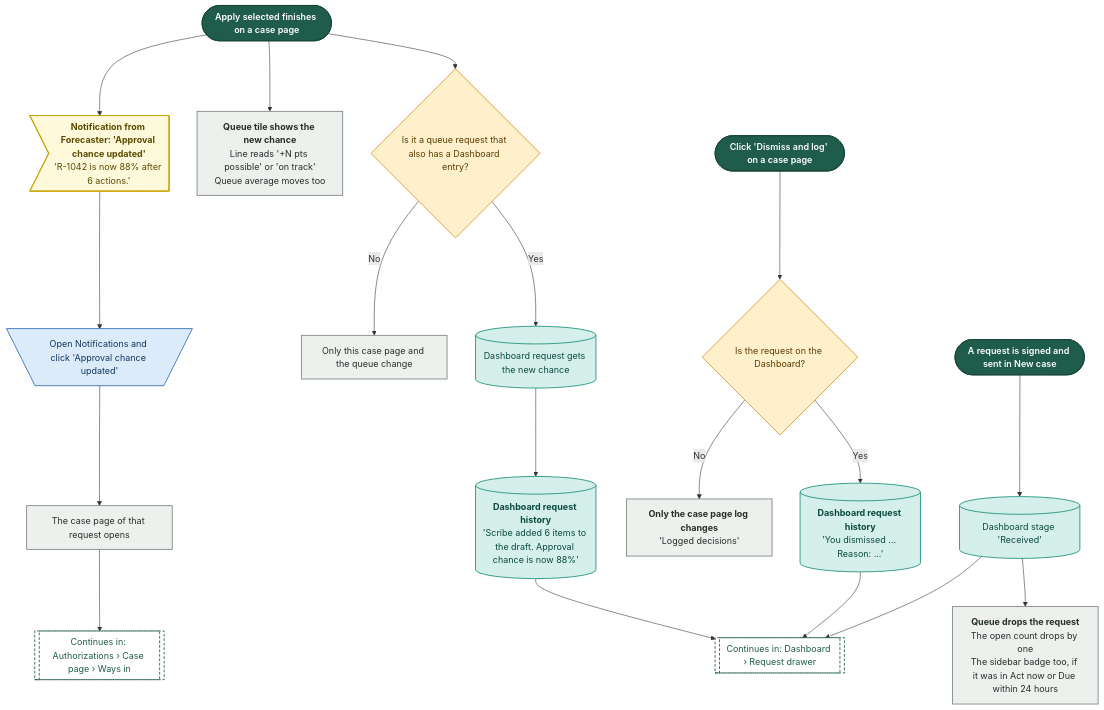
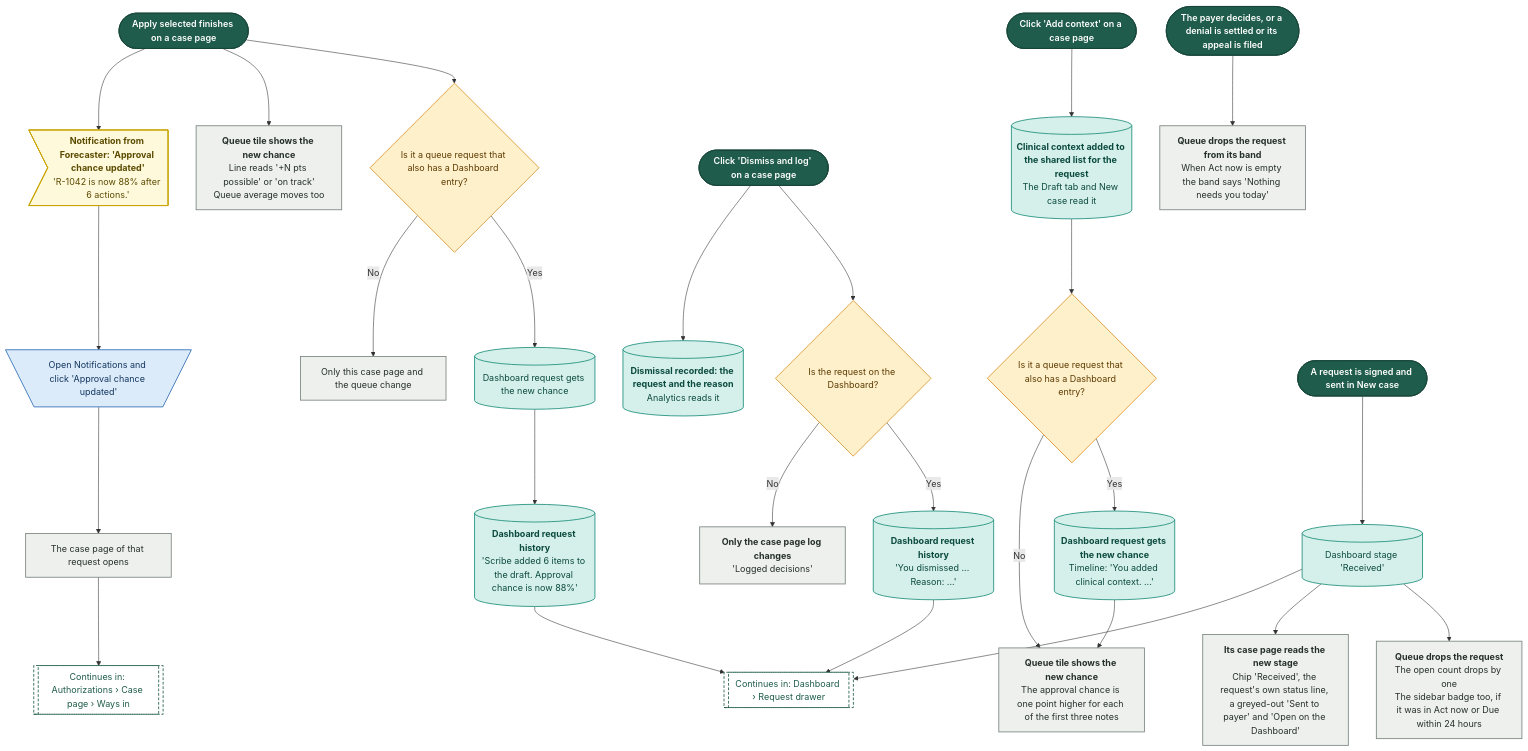
One commit to Shrav143/psyfloapp changed diagram 26 of 26 in demos/prior-auth-demo/workflows/out/md/03-authorizations.md. Above: the diagram before and after it, drawn with Mermaid. The commit also changed other lines of this file and 195 other files, not shown here.

First line of the commit message:
docs: Rebuild workflow diagrams after the demo fixes (220 diagrams)

````diff
--- a/demos/prior-auth-demo/workflows/out/md/03-authorizations.md
+++ b/demos/prior-auth-demo/workflows/out/md/03-authorizations.md
@@ -1878,56 +1991,71 @@
 ```mermaid
 %%{init: {"theme":"base","themeVariables":{"fontFamily":"'DM Sans', 'Segoe UI', system-ui, sans-serif","fontSize":"15px","lineColor":"#5B6B63","primaryTextColor":"#1C2B25","clusterBkg":"#FBF8F3","clusterBorder":"#D9CDBB","edgeLabelBackground":"#FFFFFF"},"flowchart":{"curve":"basis","nodeSpacing":36,"rankSpacing":48,"padding":12,"htmlLabels":true,"useMaxWidth":false,"wrappingWidth":230}} }%%
 flowchart TD
   classDef k_start fill:#1F5C4B,stroke:#174638,color:#FFFFFF,stroke-width:1.5px,font-weight:600
   classDef k_end fill:#DDEFE3,stroke:#2E7D4F,color:#14502F,stroke-width:1.5px,font-weight:600
   classDef k_endx fill:#FBE3E0,stroke:#C0392B,color:#7A1F16,stroke-width:1.5px,font-weight:600
   classDef k_screen fill:#FFFDF8,stroke:#1F5C4B,color:#1C2B25,stroke-width:2px
   classDef k_overlay fill:#F1F7F3,stroke:#1F5C4B,color:#1C2B25,stroke-width:2px,stroke-dasharray:5 3
   classDef k_click fill:#DCEBFA,stroke:#2F6DB5,color:#12365F,stroke-width:1.5px
   classDef k_input fill:#E4E7FF,stroke:#4C5FD5,color:#1D2670,stroke-width:1.5px
   classDef k_process fill:#EEF0EE,stroke:#7A857F,color:#26302B,stroke-width:1.5px
   classDef k_agent fill:#EEE5FA,stroke:#7A4FC2,color:#341A63,stroke-width:1.5px
   classDef k_decision fill:#FFF0CC,stroke:#D9962B,color:#5C3B00,stroke-width:1.5px
   classDef k_store fill:#D5F0EA,stroke:#1C8E7B,color:#0B4A3F,stroke-width:1.5px
   classDef k_doc fill:#F6E9DC,stroke:#B07A4C,color:#4A2E14,stroke-width:1.5px
   classDef k_ext fill:#FFE6D2,stroke:#E07B39,color:#6B2F06,stroke-width:1.5px
   classDef k_wait fill:#E4E8EE,stroke:#6B7C93,color:#26303D,stroke-width:1.5px
   classDef k_toast fill:#FFF9DB,stroke:#C9A400,color:#5A4A00,stroke-width:1.5px
   classDef k_goto fill:#FFFFFF,stroke:#1F5C4B,color:#1F5C4B,stroke-width:1.5px,stroke-dasharray:5 3
   s1@{ shape: stadium, label: "Apply selected finishes on a case page" }
   d1@{ shape: diam, label: "Is it a queue request that also has a Dashboard entry?" }
   w1@{ shape: cyl, label: "Dashboard request gets the new chance" }
   w2@{ shape: cyl, label: "<b>Dashboard request history</b><br/>'Scribe added 6 items to the draft. Approval chance is now 88%'" }
   w0@{ shape: rect, label: "Only this case page and the queue change" }
   q1@{ shape: rect, label: "<b>Queue tile shows the new chance</b><br/>Line reads '+N pts possible' or 'on track'<br/>Queue average moves too" }
   n1@{ shape: odd, label: "<b>Notification from Forecaster: 'Approval chance updated'</b><br/>'R-1042 is now 88% after 6 actions.'" }
   n2@{ shape: trap-t, label: "Open Notifications and click 'Approval chance updated'" }
   n3@{ shape: rect, label: "The case page of that request opens" }
   g1@{ shape: subproc, label: "Continues in: Authorizations › Case page › Ways in" }
   s2@{ shape: stadium, label: "Click 'Dismiss and log' on a case page" }
   d2@{ shape: diam, label: "Is the request on the Dashboard?" }
   w3@{ shape: cyl, label: "<b>Dashboard request history</b><br/>'You dismissed ... Reason: ...'" }
   w4@{ shape: rect, label: "<b>Only the case page log changes</b><br/>'Logged decisions'" }
+  w7@{ shape: cyl, label: "<b>Dismissal recorded: the request and the reason</b><br/>Analytics reads it" }
+  s4@{ shape: stadium, label: "Click 'Add context' on a case page" }
+  w8@{ shape: cyl, label: "<b>Clinical context added to the shared list for the request</b><br/>The Draft tab and New case read it" }
+  d4@{ shape: diam, label: "Is it a queue request that also has a Dashboard entry?" }
+  w9@{ shape: cyl, label: "<b>Dashboard request gets the new chance</b><br/>Timeline: 'You added clinical context. ...'" }
+  w10@{ shape: rect, label: "<b>Queue tile shows the new chance</b><br/>The approval chance is one point higher for each of the first three notes" }
   s3@{ shape: stadium, label: "A request is signed and sent in New case" }
   w5@{ shape: cyl, label: "Dashboard stage 'Received'" }
   w6@{ shape: rect, label: "<b>Queue drops the request</b><br/>The open count drops by one<br/>The sidebar badge too, if it was in Act now or Due within 24 hours" }
+  w11@{ shape: rect, label: "<b>Its case page reads the new stage</b><br/>Chip 'Received', the request's own status line, a greyed-out 'Sent to payer' and 'Open on the Dashboard'" }
+  s5@{ shape: stadium, label: "The payer decides, or a denial is settled or its appeal is filed" }
+  w12@{ shape: rect, label: "<b>Queue drops the request from its band</b><br/>When Act now is empty the band says 'Nothing needs you today'" }
   g2@{ shape: subproc, label: "Continues in: Dashboard › Request drawer" }
   s1 --> d1
   d1 -->|"Yes"| w1 --> w2
   d1 -->|"No"| w0
   s1 --> q1
   s1 --> n1 --> n2 --> n3 --> g1
   w2 --> g2
   s2 --> d2
   d2 -->|"Yes"| w3 --> g2
   d2 -->|"No"| w4
+  s2 --> w7
+  s4 --> w8 --> d4
+  d4 -->|"Yes"| w9 --> w10
+  d4 -->|"No"| w10
   s3 --> w5 --> w6
+  w5 --> w11
   w5 --> g2
-  class s1,s2,s3 k_start
-  class d1,d2 k_decision
-  class w1,w2,w3,w5 k_store
-  class w0,q1,n3,w4,w6 k_process
+  s5 --> w12
+  class s1,s2,s4,s3,s5 k_start
+  class d1,d2,d4 k_decision
+  class w1,w2,w3,w7,w8,w9,w5 k_store
+  class w0,q1,n3,w4,w10,w6,w11,w12 k_process
   class n1 k_toast
   class n2 k_click
   class g1,g2 k_goto
 ```
````
